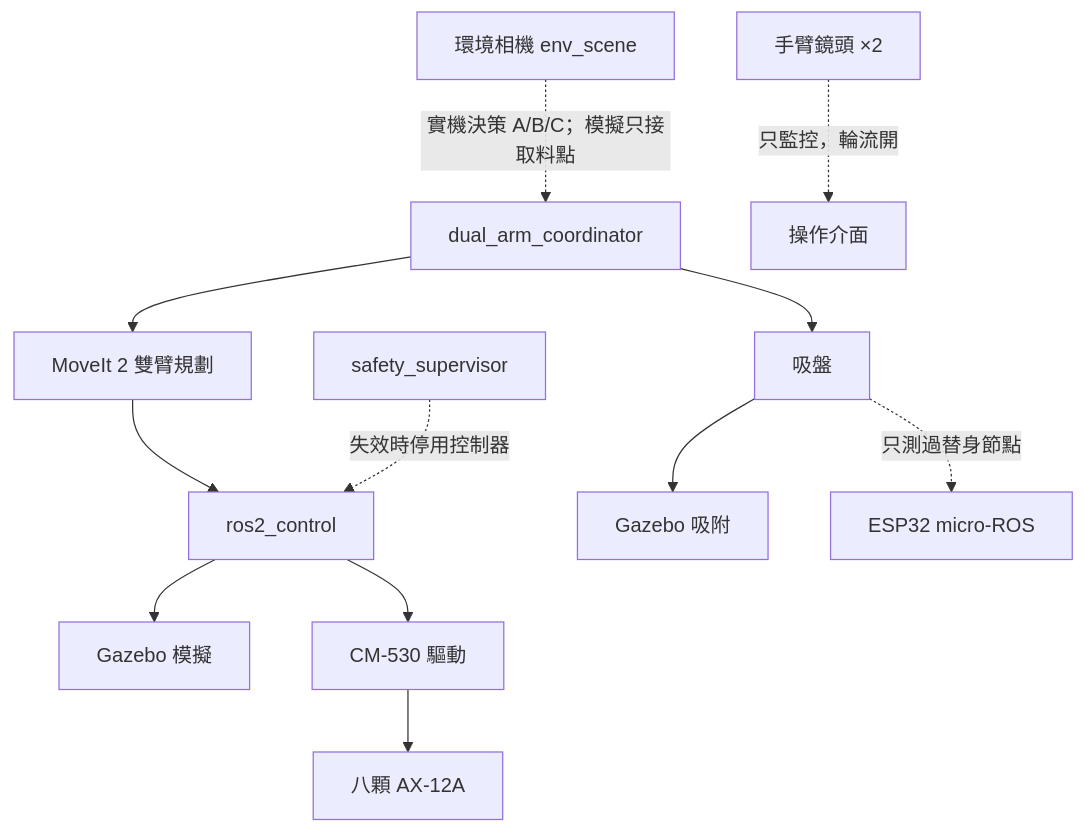
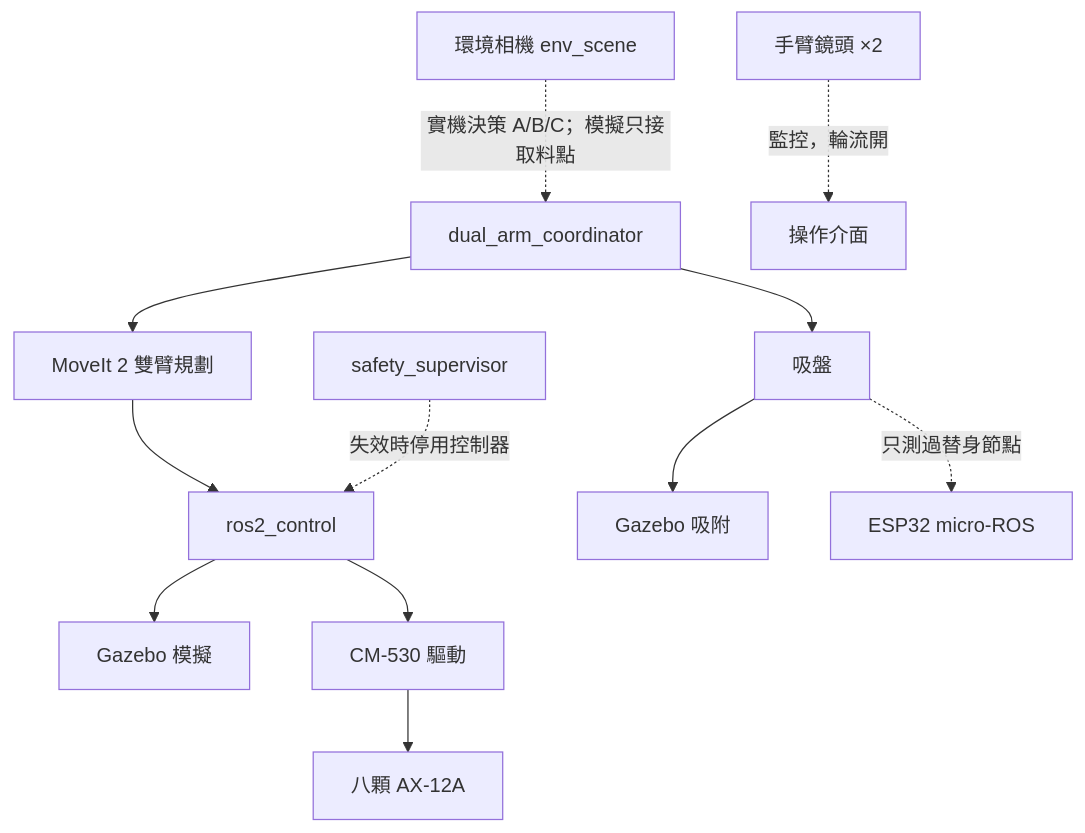
One commit to Azeem1010/Dual-Arm-TEST-2.0 changed the second of 2 diagrams in README.md. Above: the diagram before and after it, drawn with Mermaid.

````diff
--- a/README.md
+++ b/README.md
@@ -89,14 +89,14 @@
 ```mermaid
 flowchart TD
     CAM[環境相機 env_scene] -.實機決策 A/B/C；模擬只接取料點.-> TASK[dual_arm_coordinator]
-    ARMCAM[手臂鏡頭 ×2] -.只監控，輪流開.-> HMI[操作介面]
+    ARMCAM[手臂鏡頭 ×2] -.監控，輪流開.-> HMI[操作介面]
     TASK --> MOVEIT[MoveIt 2 雙臂規劃]
     MOVEIT --> RC[ros2_control]
     TASK --> GRIP[吸盤]
     SAFE[safety_supervisor] -.失效時停用控制器.-> RC
     RC --> SIM[Gazebo 模擬]
     RC --> HW[CM-530 驅動]
     HW --> MOTOR[八顆 AX-12A]
     GRIP --> SIMG[Gazebo 吸附]
     GRIP -.只測過替身節點.-> ESP[ESP32 micro-ROS]
 ```
````
